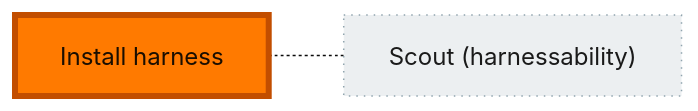
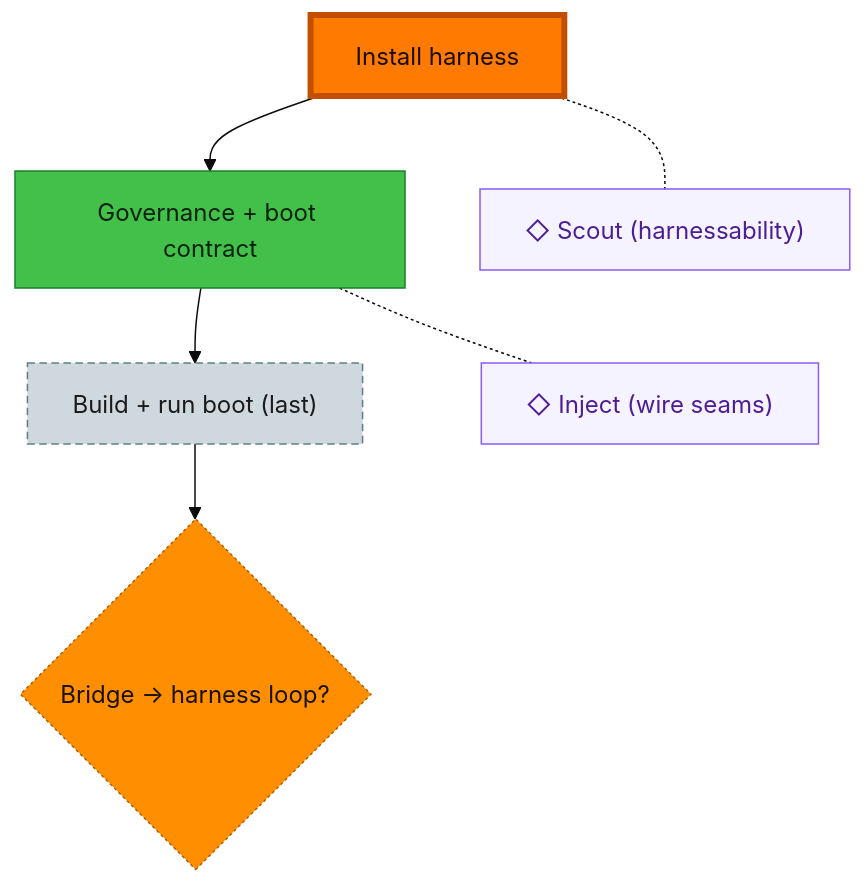
One commit to AI-Substrate/harness-engineering changed the diagram in harness/cli/test/services/flow/fixtures/render/harness-adopt.md. Above: the diagram before and after it, drawn with Mermaid (base theme). The commit also changed other lines of this file and 9 other files, not shown here.

First line of the commit message:
feat(flow-render): TD two-column renderer layout (plan 043)

````diff
--- a/harness/cli/test/services/flow/fixtures/render/harness-adopt.md
+++ b/harness/cli/test/services/flow/fixtures/render/harness-adopt.md
@@ -10,10 +8,27 @@
 ```mermaid
-flowchart LR
+flowchart TD
     install["Install harness"]:::done
-    scout["Scout (harnessability)"]:::unknown
-    install -.- scout
+    governance["Governance + boot contract"]:::wip
+    build_boot["Build + run boot (last)"]:::assumed
+    bridge{"Bridge → harness loop?"}:::decision
+
+    install --> governance --> build_boot --> bridge
+
+    installC["◇ Scout (harnessability)"]:::chore
+    governanceC["◇ Inject (wire seams)"]:::chore
+
+    %% invisible chain holds the gutter boxes in their own column
+    installC ~~~ governanceC
+
+    %% dotted links pull each gutter box beside its node
+    install -.- installC
+    governance -.- governanceC
+
     classDef done fill:#1B7F2E,stroke:#0F4F1B,color:#fff;
-    classDef unknown fill:#ECEFF1,stroke:#90A4AE,color:#1a1a1a,stroke-dasharray:1 4;
+    classDef wip fill:#43C04A,stroke:#1B7F2E,color:#04210A;
+    classDef assumed fill:#CFD8DC,stroke:#607D8B,color:#1a1a1a,stroke-dasharray:5 3;
+    classDef decision fill:#FF8F00,stroke:#B25E00,color:#1a1100,stroke-dasharray:2 2;
+    classDef chore fill:#f5f3ff,stroke:#8b5cf6,color:#4c1d95,text-align:left;
     classDef current fill:#FF7A00,stroke:#C24E00,color:#1a0e00,stroke-width:4px;
     class install current;
 ```
````
